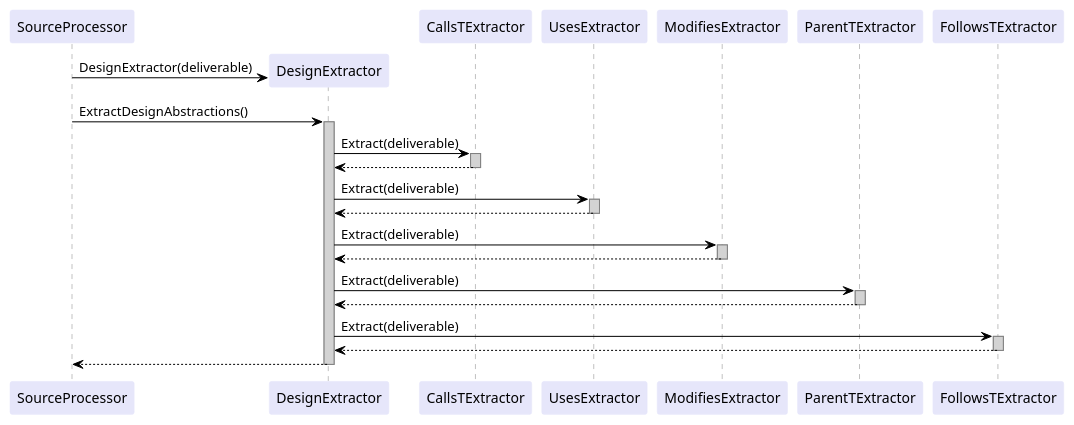
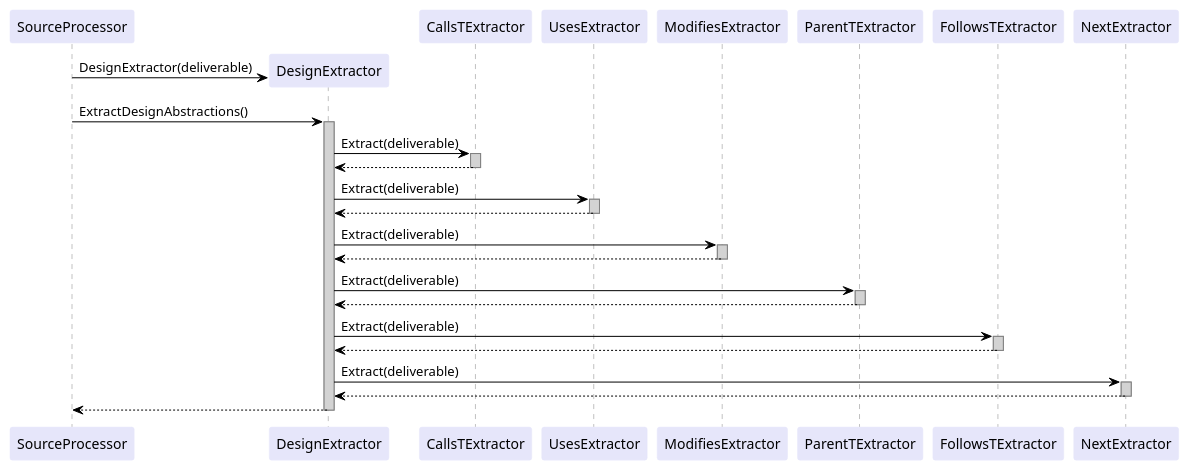
One commit to rtshkmr/CS3203-StaticProgramAnalyzer changed the diagram in docs/sd/DesignExtractorSD.puml. Above: the diagram before and after it, drawn with PlantUML. The commit also changed 1 other file, not shown here.

```diff
--- a/docs/sd/DesignExtractorSD.puml
+++ b/docs/sd/DesignExtractorSD.puml
@@ -1,52 +1,58 @@
 @startuml de
   skinparam shadowing false
   skinparam sequence {
     ArrowColor black
     LifeLineBorderColor grey
     LifeLineBackgroundColor lightgray
     ParticipantBorderColor lavender
     ParticipantBackgroundColor lavender
   }
 
   participant SourceProcessor
   participant DesignExtractor
   participant CallsTExtractor
   participant UsesExtractor
   participant ModifiesExtractor
   participant ParentTExtractor
   participant FollowsTExtractor
+  participant NextExtractor
 
   create DesignExtractor
   SourceProcessor -> DesignExtractor: DesignExtractor(deliverable)
   SourceProcessor -> DesignExtractor: ExtractDesignAbstractions()
   activate DesignExtractor
 
   DesignExtractor -> CallsTExtractor: Extract(deliverable)
   activate CallsTExtractor
   CallsTExtractor --> DesignExtractor
   deactivate CallsTExtractor
 
   DesignExtractor -> UsesExtractor: Extract(deliverable)
   activate UsesExtractor
   UsesExtractor --> DesignExtractor
   deactivate UsesExtractor
 
   DesignExtractor -> ModifiesExtractor: Extract(deliverable)
   activate ModifiesExtractor
   ModifiesExtractor --> DesignExtractor
   deactivate ModifiesExtractor
 
   DesignExtractor -> ParentTExtractor: Extract(deliverable)
   activate ParentTExtractor
   ParentTExtractor --> DesignExtractor
   deactivate ParentTExtractor
 
   DesignExtractor -> FollowsTExtractor: Extract(deliverable)
   activate FollowsTExtractor
   FollowsTExtractor --> DesignExtractor
   deactivate FollowsTExtractor
 
+  DesignExtractor -> NextExtractor: Extract(deliverable)
+  activate NextExtractor
+  NextExtractor --> DesignExtractor
+  deactivate NextExtractor
+
   DesignExtractor --> SourceProcessor
   deactivate DesignExtractor
 
 @enduml
```
